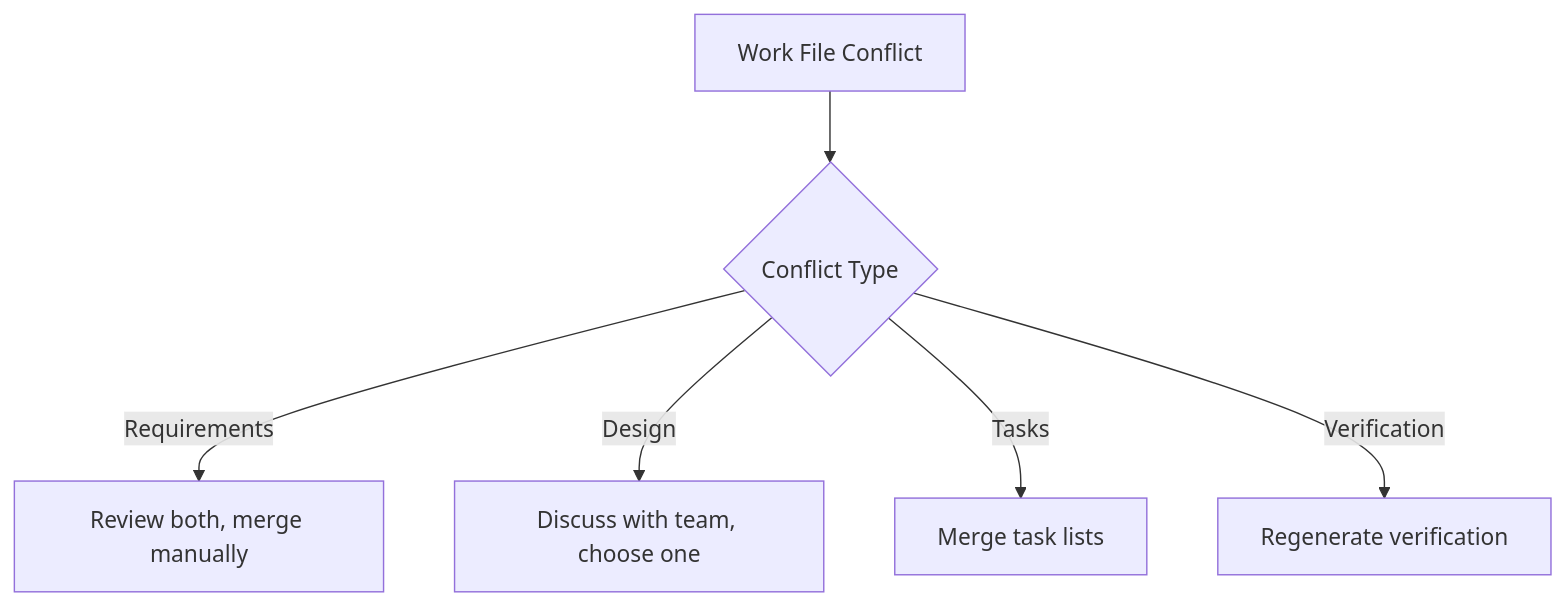
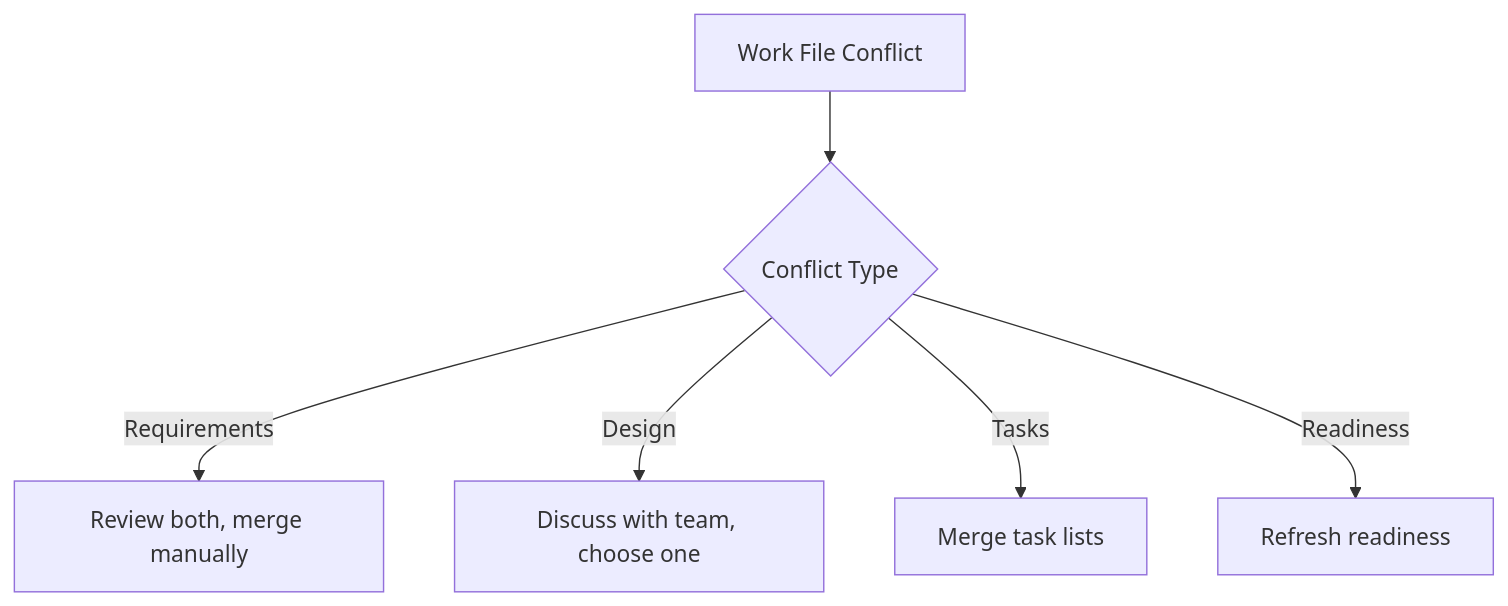
Before and after one commit to rp1-run/rp1: the seventh of 7 diagrams in docs/guides/scaling-with-teams.md, drawn with Mermaid. The commit also changed other lines of this file and 41 other files, not shown here.

````diff
--- a/docs/guides/scaling-with-teams.md
+++ b/docs/guides/scaling-with-teams.md
@@ -428,8 +426,8 @@
 ```mermaid
 flowchart TD
     CONFLICT[Work File Conflict] --> TYPE{Conflict Type}
     TYPE -->|Requirements| REQ[Review both, merge manually]
     TYPE -->|Design| DES[Discuss with team, choose one]
     TYPE -->|Tasks| TASK[Merge task lists]
-    TYPE -->|Verification| VER[Regenerate verification]
+    TYPE -->|Readiness| READY[Refresh readiness]
 ```
````
